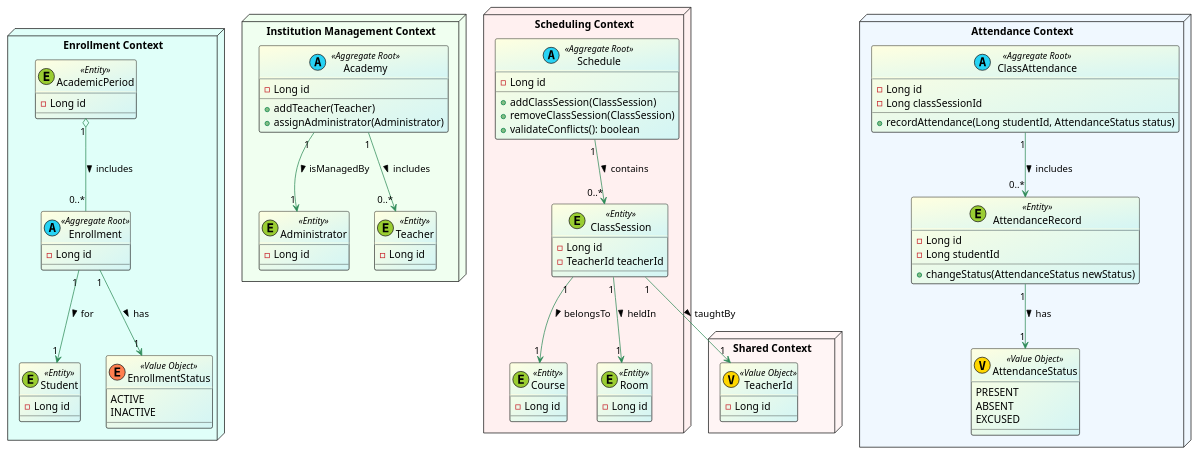
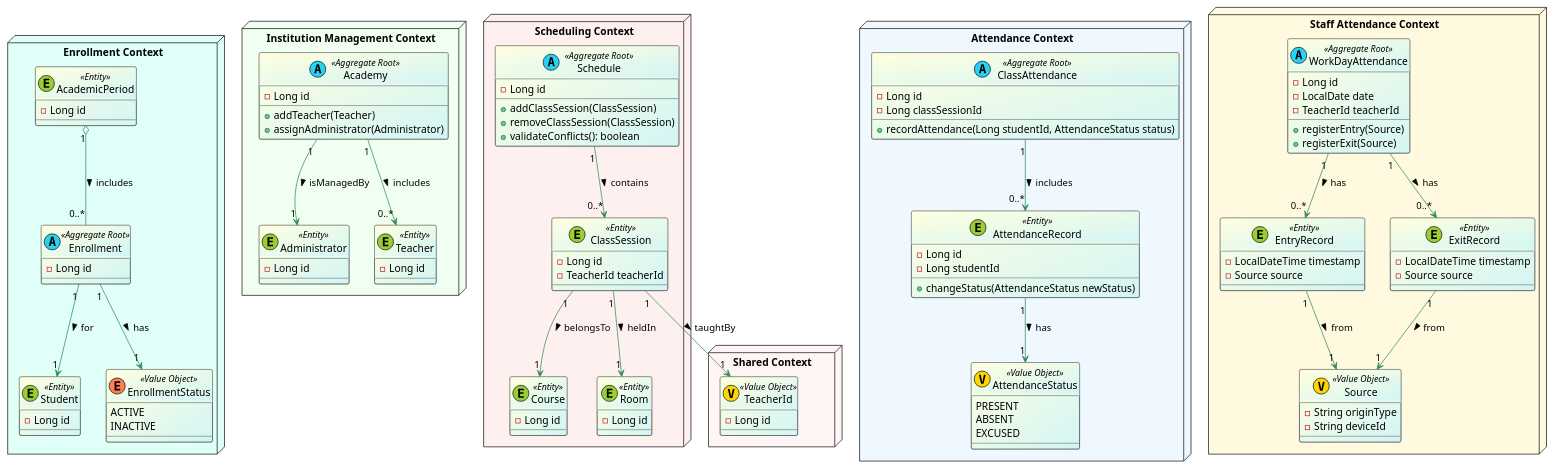
The diagram in docs/domain-diagram.puml (demy-project/api), drawn with PlantUML before and after one commit.

Commit message:
docs: add Staff Attendance Context with WorkDayAttendance, EntryRecord, ExitRecord, and Source classes in domain diagram

```diff
--- a/docs/domain-diagram.puml
+++ b/docs/domain-diagram.puml
@@ -1,112 +1,143 @@
 @startuml Demy Domain Diagram
 
 skinparam class {
     BackgroundColor LightYellow/D3F5F5
     ArrowColor SeaGreen
     ' BackgroundColor<<Aggregate Root>> #27D3F5
     ' BackgroundColor<<Entity>> #9ACD32
     ' BackgroundColor<<Value Object>> #FFD700
     ' BorderColor Black
     ' FontSize 12
 }
 
 package "Enrollment Context" <<Node>> #E0FFF9 {
     class Enrollment <<(A, #27D3F5) Aggregate Root>> {
         - Long id
     }
     class Student <<(E, #9ACD32) Entity>> {
         - Long id
     }
     enum EnrollmentStatus <<(E, #FF7F50) Value Object>> {
         ACTIVE
         INACTIVE
     }
     class AcademicPeriod <<(E, #9ACD32) Entity>> {
         - Long id
     }
     ' Relationships
     Enrollment "1" --> "1" Student : for >
     AcademicPeriod "1" o-- "0..*" Enrollment : includes >
     Enrollment "1" --> "1" EnrollmentStatus : has >
 }
 
 package "Institution Management Context" <<Node>> #F0FFF0 {
     class Academy <<(A, #27D3F5) Aggregate Root>> {
         - Long id
         + addTeacher(Teacher)
         + assignAdministrator(Administrator)
     }
 
     class Administrator <<(E, #9ACD32) Entity>> {
         - Long id
     }
 
     class Teacher <<(E, #9ACD32) Entity>> {
         - Long id
     }
 
     ' Relationships
     Academy "1" --> "1" Administrator : isManagedBy >
     Academy "1" --> "0..*" Teacher : includes >
 }
 
 package "Scheduling Context" <<Node>> #FFF0F0 {
     class Schedule <<(A, #27D3F5) Aggregate Root>> {
         - Long id
         + addClassSession(ClassSession)
         + removeClassSession(ClassSession)
         + validateConflicts(): boolean
     }
 
     class ClassSession <<(E, #9ACD32) Entity>> {
         - Long id
         - TeacherId teacherId
     }
 
     class Course <<(E, #9ACD32) Entity>> {
         - Long id
     }
 
     class Room <<(E, #9ACD32)Entity>> {
         - Long id
     }
 
     ' Relationships
     Schedule "1" --> "0..*" ClassSession : contains >
     ClassSession "1" --> "1" Course : belongsTo >
     ClassSession "1" --> "1" Room : heldIn >
 }
 
 package "Attendance Context" <<Node>> #F0F8FF {
     class ClassAttendance <<(A, #27D3F5) Aggregate Root>> {
         - Long id
         - Long classSessionId
         + recordAttendance(Long studentId, AttendanceStatus status)
     }
 
     class AttendanceRecord <<(E, #9ACD32) Entity>> {
         - Long id
         - Long studentId
         + changeStatus(AttendanceStatus newStatus)
     }
 
     enum AttendanceStatus <<(V, #FFD700) Value Object>> {
         PRESENT
         ABSENT
         EXCUSED
     }
     ' Relationships
     ClassAttendance "1" --> "0..*" AttendanceRecord : includes >
     AttendanceRecord "1" --> "1" AttendanceStatus : has >
 }
 
+package "Staff Attendance Context" <<Node>> #FFFADF {
+    class WorkDayAttendance <<(A, #27D3F5) Aggregate Root>> {
+        - Long id
+        - LocalDate date
+        - TeacherId teacherId
+        + registerEntry(Source)
+        + registerExit(Source)
+    }
+
+    class EntryRecord <<(E, #9ACD32) Entity>> {
+        - LocalDateTime timestamp
+        - Source source
+    }
+
+    class ExitRecord <<(E, #9ACD32) Entity>> {
+        - LocalDateTime timestamp
+        - Source source
+    }
+
+    class Source <<(V, #FFD700) Value Object>> {
+        - String originType
+        - String deviceId
+    }
+
+    ' Relationships
+    WorkDayAttendance "1" --> "0..*" EntryRecord : has >
+    WorkDayAttendance "1" --> "0..*" ExitRecord : has >
+    EntryRecord "1" --> "1" Source : from >
+    ExitRecord "1" --> "1" Source : from >
+}
+
 package "Shared Context" as sc <<Node>> #FFF5F5 {
     class TeacherId <<(V, #FFD700) Value Object>> {
         - Long id
     }
 }
 
 ' Define relationships between contexts
 ClassSession "1" --> "1" TeacherId : taughtBy >
 
 @enduml
```
